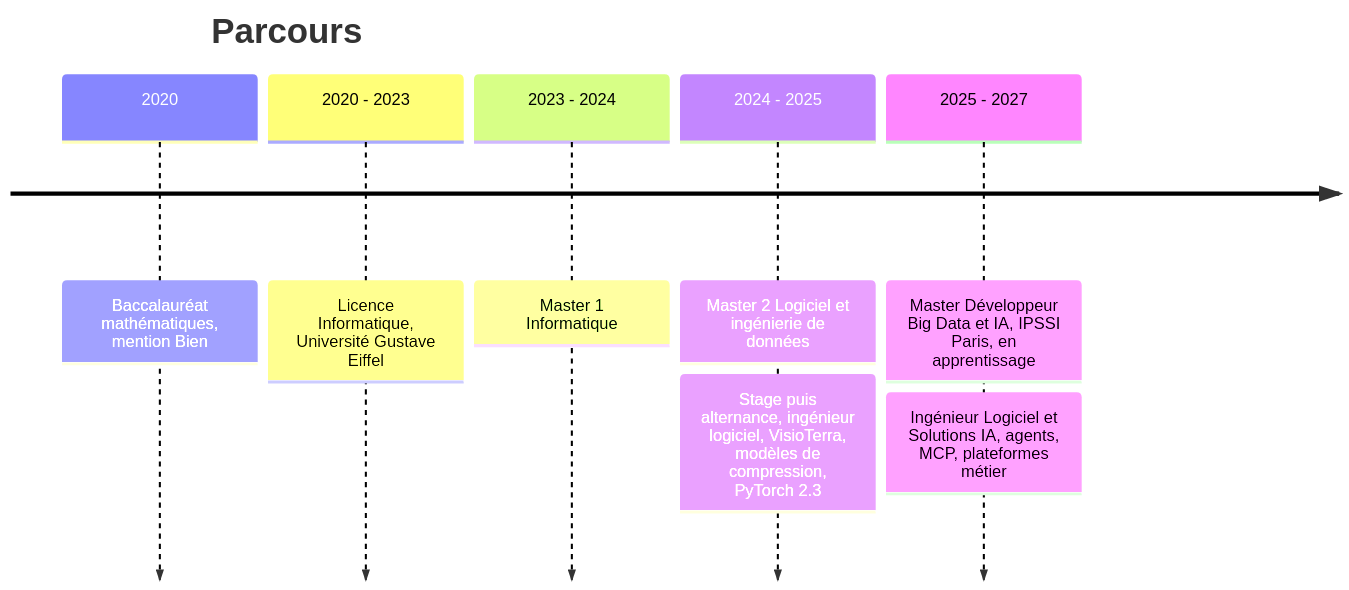
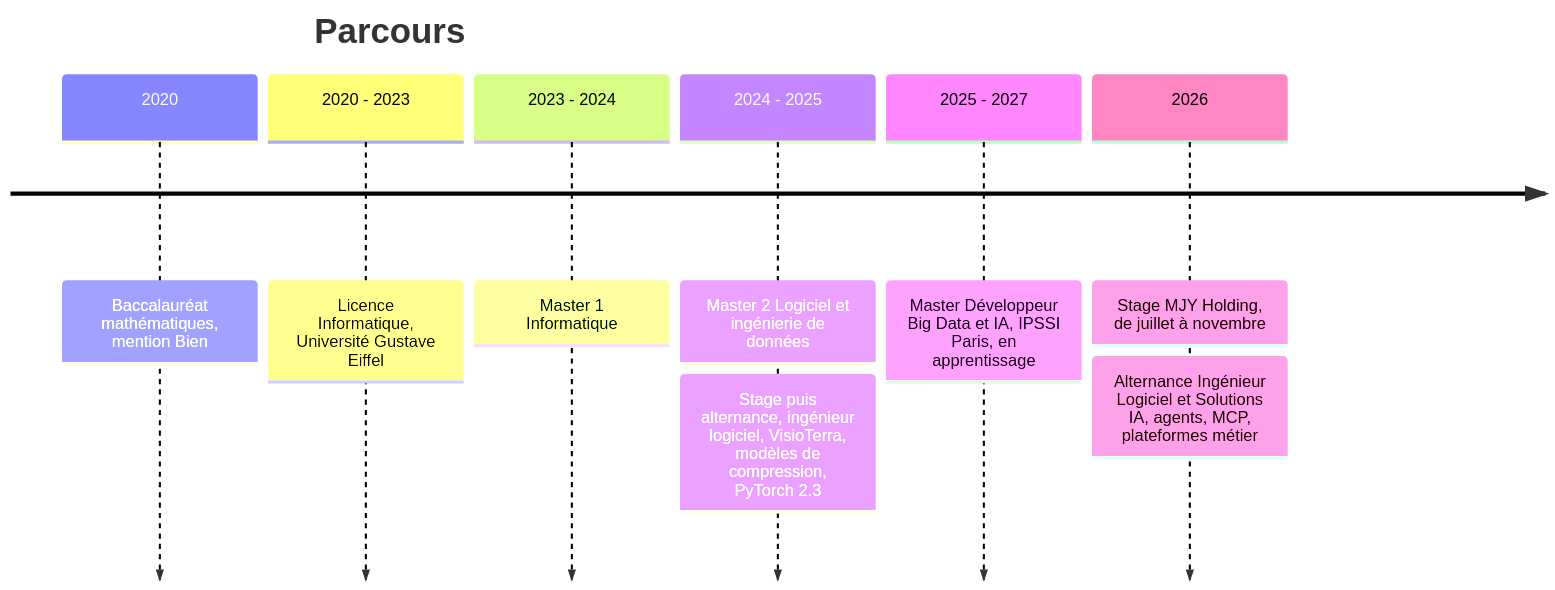
One commit to MaashRees/MaashRees changed the third of 3 diagrams in README.md. Above: the diagram before and after it, drawn with Mermaid. The commit also changed other lines of this file, not shown here.

First line of the commit message:
README de profil : stage (07-11/2026) et alternance (depuis 11/2026) chez MJY Holding

````diff
--- a/README.md
+++ b/README.md
@@ -258,11 +263,12 @@
 ```mermaid
 timeline
     title Parcours
     2020 : Baccalauréat mathématiques, mention Bien
     2020 - 2023 : Licence Informatique, Université Gustave Eiffel
     2023 - 2024 : Master 1 Informatique
     2024 - 2025 : Master 2 Logiciel et ingénierie de données
                 : Stage puis alternance, ingénieur logiciel, VisioTerra, modèles de compression, PyTorch 2.3
     2025 - 2027 : Master Développeur Big Data et IA, IPSSI Paris, en apprentissage
-                : Ingénieur Logiciel et Solutions IA, agents, MCP, plateformes métier
+    2026 : Stage MJY Holding, de juillet à novembre
+         : Alternance Ingénieur Logiciel et Solutions IA, agents, MCP, plateformes métier
 ```
````
